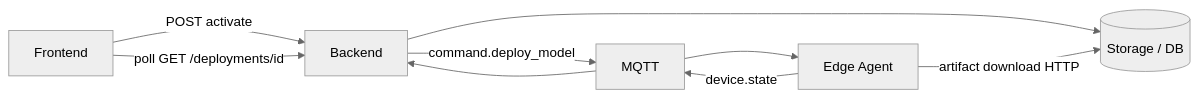
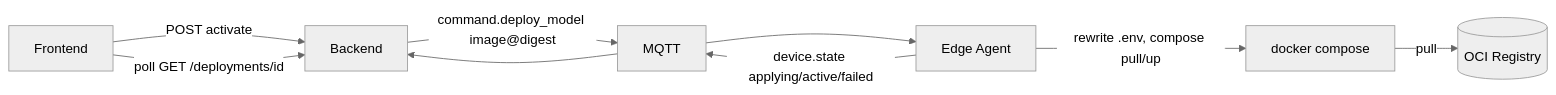
The first of 3 diagrams in docs/flows/edge-server/deploy-model.md (HipSayu/ai-edge-ops), drawn with Mermaid (neutral theme) before and after one commit. The commit also changed other lines of this file and 16 other files, not shown here.

````diff
--- a/docs/flows/edge-server/deploy-model.md
+++ b/docs/flows/edge-server/deploy-model.md
@@ -29,14 +38,16 @@
 ```mermaid
 flowchart LR
     Frontend[Frontend]
     Backend[Backend]
     MQTT[MQTT]
     Edge[Edge Agent]
-    Artifact[(Storage / DB)]
+    Registry[(OCI Registry)]
+    Compose[docker compose]
 
-    Frontend -->|POST activate| Backend --> Artifact
-    Backend -->|command.deploy_model| MQTT --> Edge
-    Edge -->|artifact download HTTP| Artifact
-    Edge -->|device.state| MQTT --> Backend
+    Frontend -->|POST activate| Backend
+    Backend -->|command.deploy_model image@digest| MQTT --> Edge
+    Edge -->|rewrite .env, compose pull/up| Compose
+    Compose -->|pull| Registry
+    Edge -->|device.state applying/active/failed| MQTT --> Backend
     Frontend -->|poll GET /deployments/id| Backend
 ```
````
